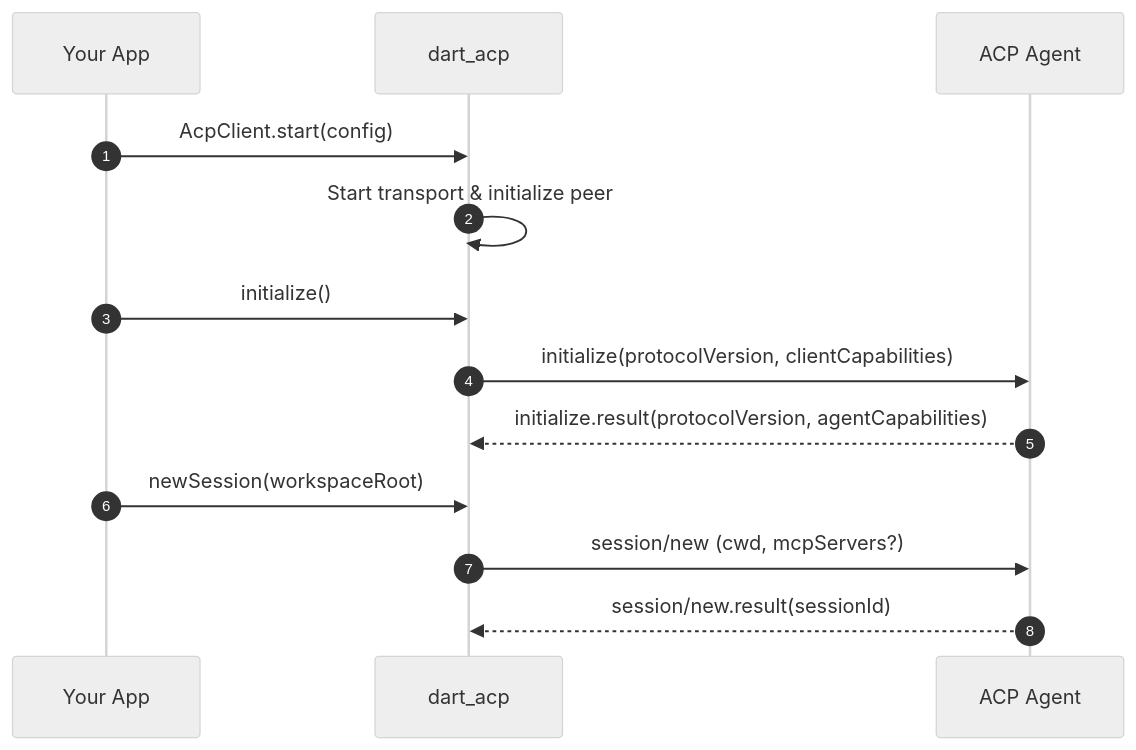
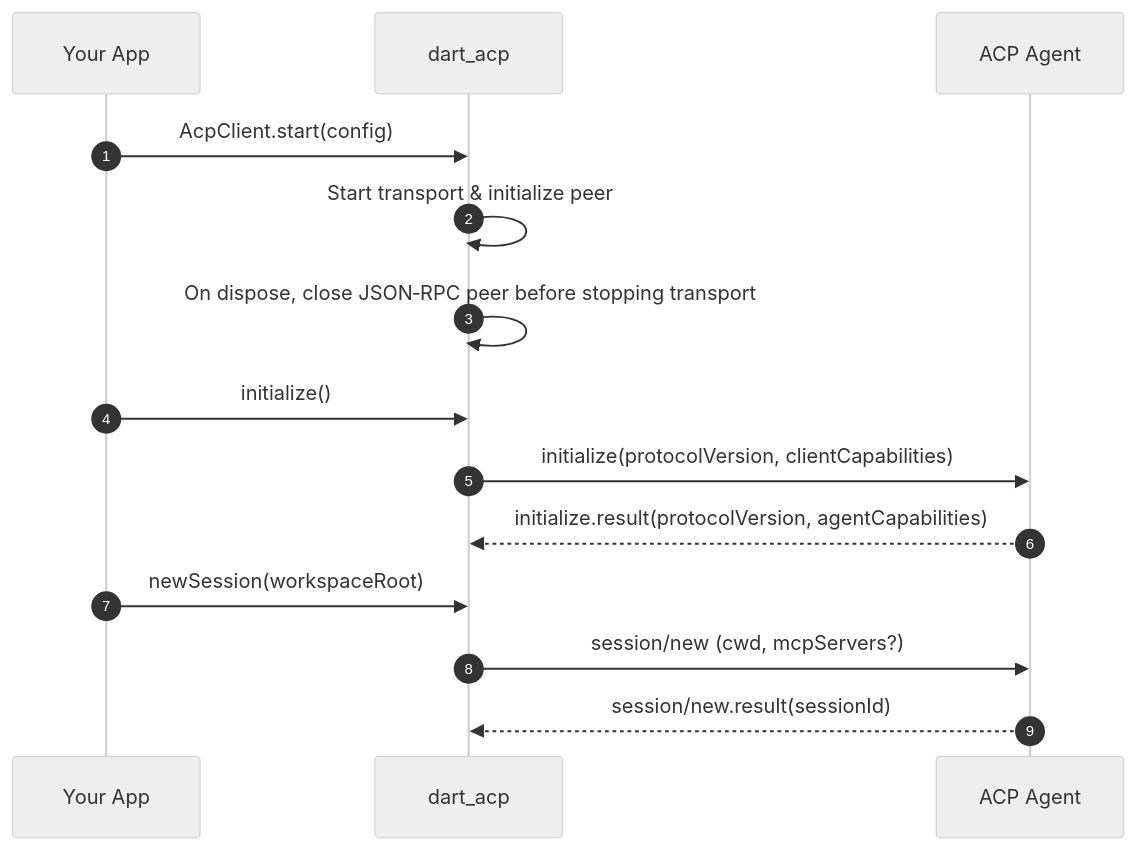
The second of 5 diagrams in specs/dart_acp_technical_design.md (csells/dart_acp), drawn with Mermaid (neutral theme) before and after one commit. The commit also changed other lines of this file and 17 other files, not shown here.

````diff
--- a/specs/dart_acp_technical_design.md
+++ b/specs/dart_acp_technical_design.md
@@ -117,16 +117,17 @@
 ```mermaid
 sequenceDiagram
   autonumber
   participant App as Your App
   participant Lib as dart_acp
   participant Agent as ACP Agent
 
   App->>Lib: AcpClient.start(config)
   Lib->>Lib: Start transport & initialize peer
+  Lib->>Lib: On dispose, close JSON‑RPC peer before stopping transport
   App->>Lib: initialize()
   Lib->>Agent: initialize(protocolVersion, clientCapabilities)
   Agent-->>Lib: initialize.result(protocolVersion, agentCapabilities)
   App->>Lib: newSession(workspaceRoot)
   Lib->>Agent: session/new (cwd, mcpServers?)
   Agent-->>Lib: session/new.result(sessionId)
 ```
````
